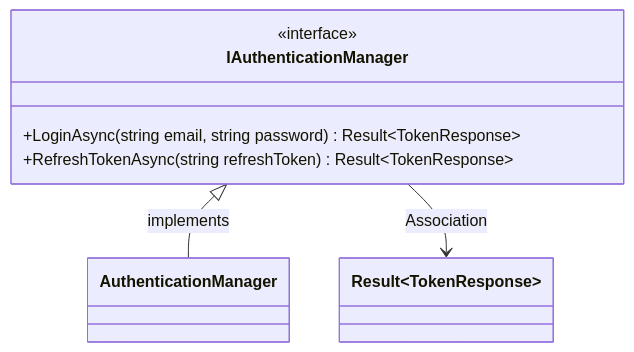
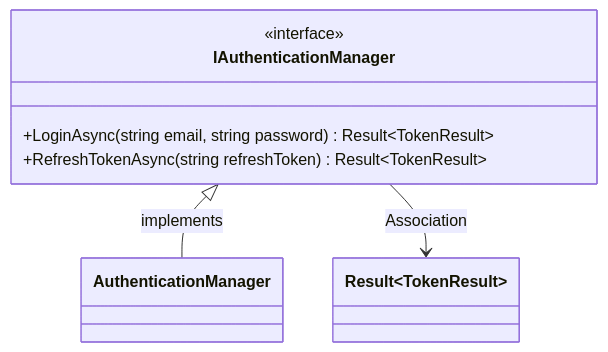
The second of 8 diagrams in backend/source/Domain/Identity.md (snicoper/agenda-manager-docs), drawn with Mermaid before and after one commit. The commit also changed other lines of this file and 1 other file, not shown here.

Commit message:
Renombrado TokenResponse to TokenResult

````diff
--- a/backend/source/Domain/Identity.md
+++ b/backend/source/Domain/Identity.md
@@ -77,11 +77,11 @@
 ```mermaid
 classDiagram
     class IAuthenticationManager {
         <<interface>>
-        +LoginAsync(string email, string password) Result~TokenResponse~
-        +RefreshTokenAsync(string refreshToken) Result~TokenResponse~
+        +LoginAsync(string email, string password) Result~TokenResult~
+        +RefreshTokenAsync(string refreshToken) Result~TokenResult~
     }
 
     IAuthenticationManager <|-- AuthenticationManager : implements
-    IAuthenticationManager --> Result~TokenResponse~ : Association
+    IAuthenticationManager --> Result~TokenResult~ : Association
 ```
````
